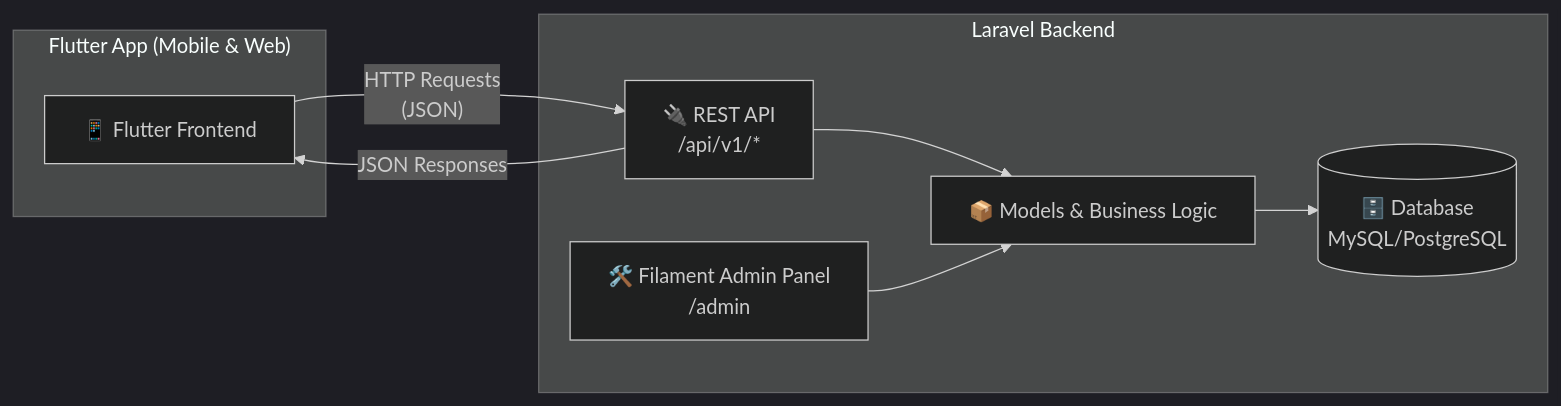
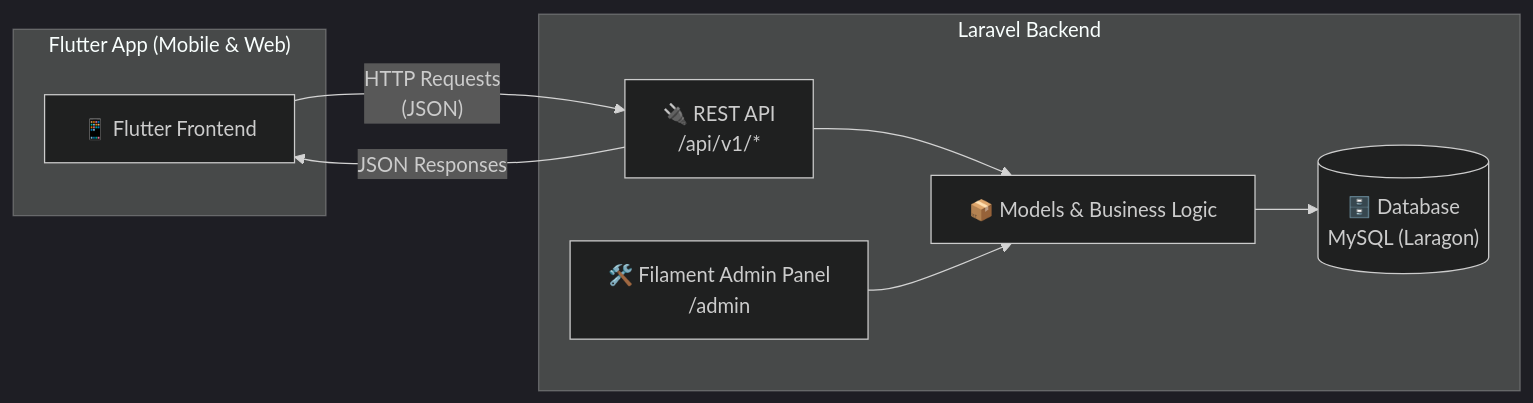
Before and after one commit to muslihsampit78/app-muslih: the second of 2 diagrams in docs/rencana-aksi-cms.md, drawn with Mermaid (dark theme). The commit also changed other lines of this file and 114 other files, not shown here.

````diff
--- a/docs/rencana-aksi-cms.md
+++ b/docs/rencana-aksi-cms.md
@@ -196,19 +196,19 @@
 ```mermaid
 flowchart LR
     subgraph Flutter["Flutter App (Mobile & Web)"]
         FA["📱 Flutter Frontend"]
     end
 
     subgraph Laravel["Laravel Backend"]
         API["🔌 REST API\n/api/v1/*"]
         FP["🛠️ Filament Admin Panel\n/admin"]
         Models["📦 Models & Business Logic"]
-        DB[("🗄️ Database\nMySQL/PostgreSQL")]
+        DB[("🗄️ Database\nMySQL (Laragon)")]
     end
 
     FA -->|"HTTP Requests\n(JSON)"| API
     API --> Models
     FP --> Models
     Models --> DB
     API -->|"JSON Responses"| FA
 ```
````
